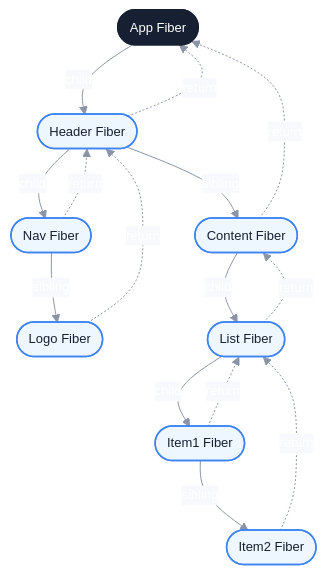
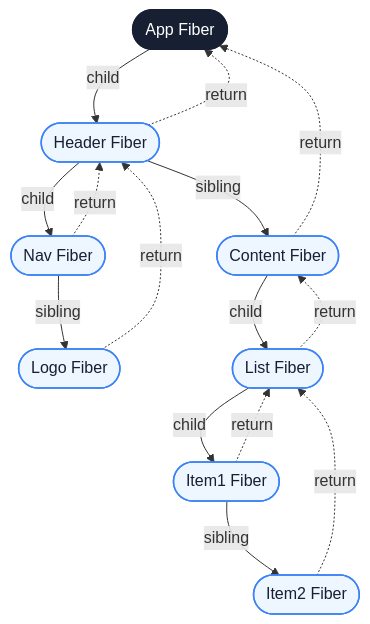
The second of 7 diagrams in docs/frameworks/react-fiber.md (Fatejian/frontier-vault), drawn with Mermaid before and after one commit. The commit also changed other lines of this file and 41 other files, not shown here.

````diff
--- a/docs/frameworks/react-fiber.md
+++ b/docs/frameworks/react-fiber.md
@@ -234,33 +203,32 @@
 ```mermaid
-%%{init: {'theme': 'base', 'themeVariables': { 'fontFamily': 'Inter, PingFang SC, Microsoft YaHei, sans-serif', 'primaryColor': '#EEF6FF', 'primaryTextColor': '#172033', 'primaryBorderColor': '#6EA8FE', 'lineColor': '#8A94A6', 'secondaryColor': '#F7F9FC', 'tertiaryColor': '#FFF7E6', 'fontSize': '13px'}}}%%
 flowchart TB
-    App([App Fiber])
-    Header([Header Fiber])
-    Nav([Nav Fiber])
-    Logo([Logo Fiber])
-    Content([Content Fiber])
-    List([List Fiber])
-    Item1([Item1 Fiber])
-    Item2([Item2 Fiber])
+    App(["App Fiber"])
+    Header(["Header Fiber"])
+    Nav(["Nav Fiber"])
+    Logo(["Logo Fiber"])
+    Content(["Content Fiber"])
+    List(["List Fiber"])
+    Item1(["Item1 Fiber"])
+    Item2(["Item2 Fiber"])
 
     App -->|child| Header
     Header -->|sibling| Content
     Header -->|child| Nav
     Nav -->|sibling| Logo
     Content -->|child| List
     List -->|child| Item1
     Item1 -->|sibling| Item2
 
     Header -.->|return| App
     Content -.->|return| App
     Nav -.->|return| Header
     Logo -.->|return| Header
     List -.->|return| Content
     Item1 -.->|return| List
     Item2 -.->|return| List
 
-    classDef root fill:#172033,color:#fff,stroke:#172033,stroke-width:2px;
-    classDef node fill:#EEF6FF,stroke:#3B82F6,color:#172033,stroke-width:1.5px;
-    class App root;
-    class Header,Nav,Logo,Content,List,Item1,Item2 node;
+    classDef core fill:#172033,color:#fff,stroke:#172033,stroke-width:2px;
+    classDef wait fill:#EEF6FF,stroke:#3B82F6,color:#172033,stroke-width:1.5px;
+    class App core;
+    class Header,Nav,Logo,Content,List,Item1,Item2 wait;
 ```
````
